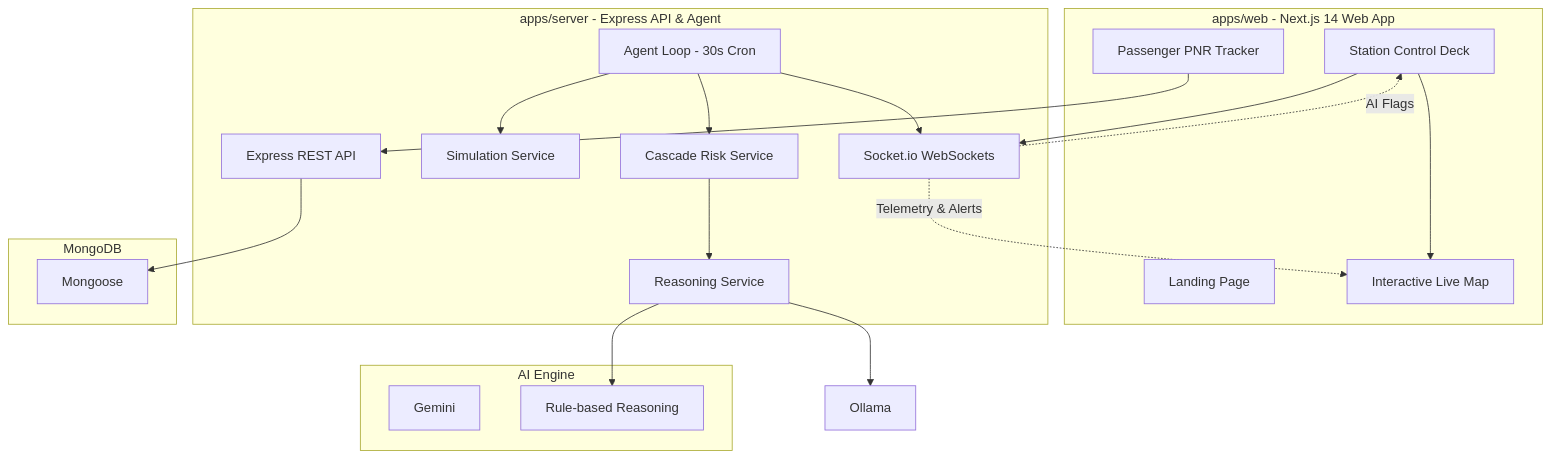
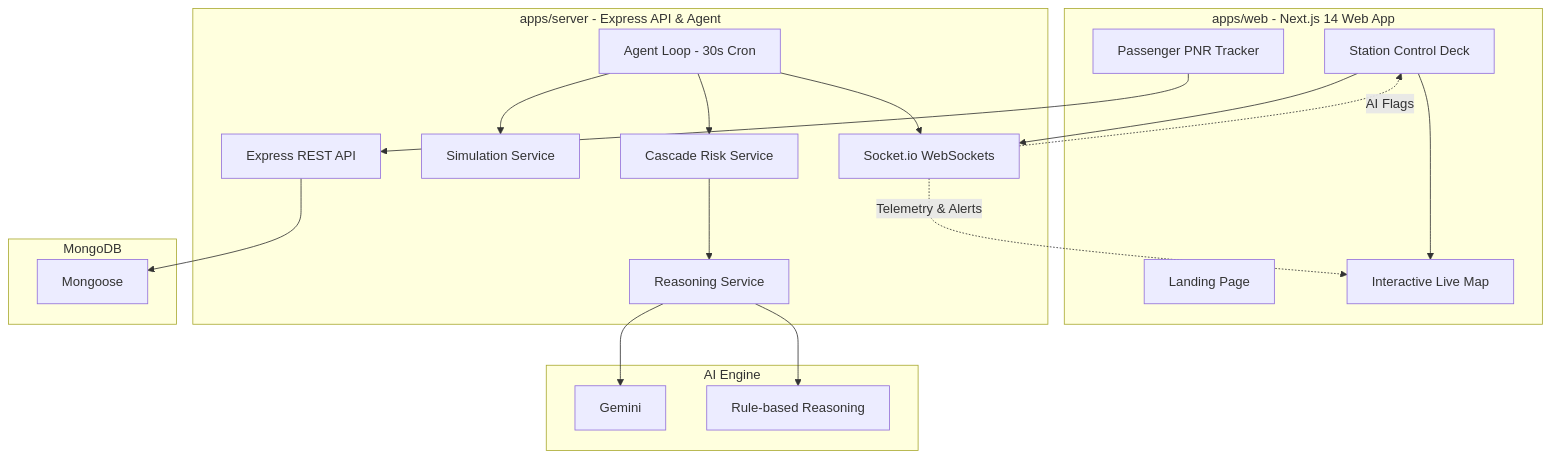
The diagram in README.md (iamdhruv17/Rail-Sense), drawn with Mermaid before and after one commit.

````diff
--- a/README.md
+++ b/README.md
@@ -11,41 +11,41 @@
 ```mermaid
 graph TD
     subgraph Client [apps/web - Next.js 14 Web App]
         Landing[Landing Page]
         Console[Station Control Deck]
         Map[Interactive Live Map]
         PNR[Passenger PNR Tracker]
     end
 
     subgraph Server [apps/server - Express API & Agent]
         API[Express REST API]
         Cron[Agent Loop - 30s Cron]
         Sim[Simulation Service]
         Reason[Reasoning Service]
         Cascade[Cascade Risk Service]
         Socket[Socket.io WebSockets]
     end
 
     subgraph Database [MongoDB]
         Schema[Mongoose]
     end
 
     subgraph LLM [AI Engine]
         Gemini[Gemini]
         Fallback[Rule-based Reasoning]
     end
 
     %% Communications
     Console --> Map
     Console --> Socket
     PNR --> API
     API --> Schema
     Cron --> Sim
     Cron --> Cascade
     Cascade --> Reason
-    Reason --> Ollama
+    Reason --> Gemini
     Reason --> Fallback
     Cron --> Socket
     Socket -.->|Telemetry & Alerts| Map
     Socket -.->|AI Flags| Console
 ```
````
